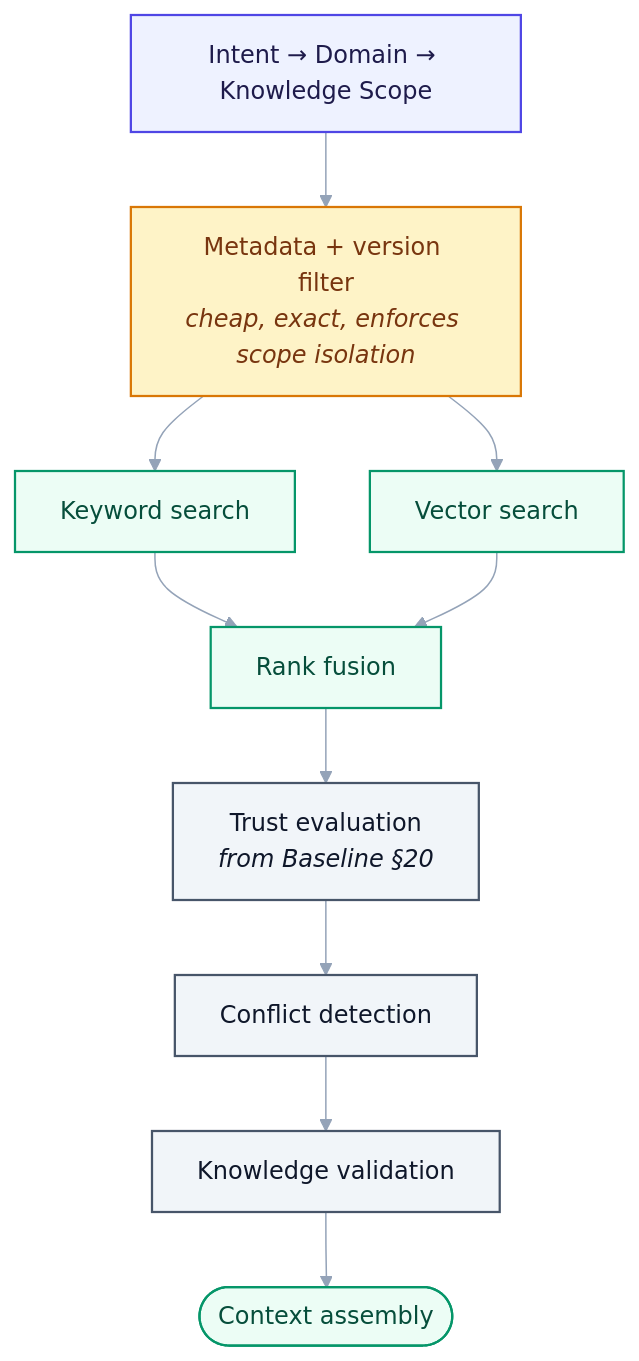
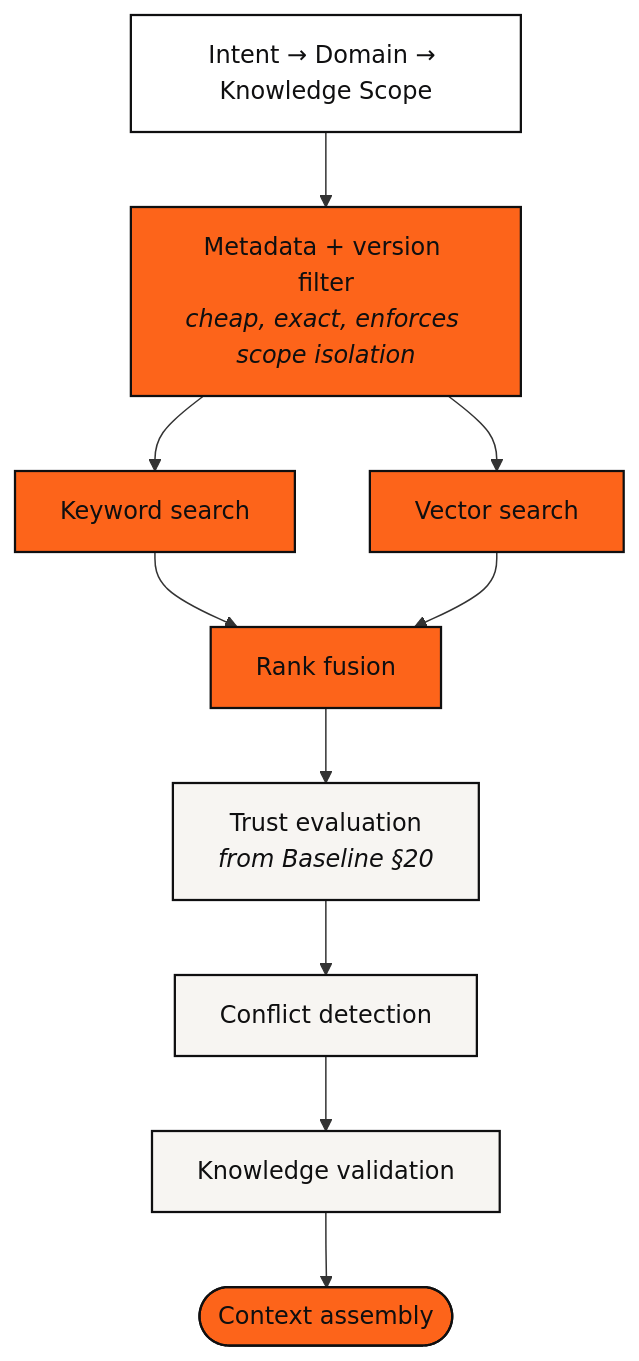
One commit to Ajmalpshaik/Heron-AI changed the first of 2 diagrams in docs/20-knowledge-trust-and-conflict.md. Above: the diagram before and after it, drawn with Mermaid. The commit also changed other lines of this file and 44 other files, not shown here.

First line of the commit message:
Diagrams in the other docs move to the brand palette (D-149, #1116)

````diff
--- a/docs/20-knowledge-trust-and-conflict.md
+++ b/docs/20-knowledge-trust-and-conflict.md
@@ -42,30 +42,29 @@
 ```mermaid
-%%{init: {"themeVariables": {"edgeLabelBackground":"#F1F5F9","lineColor":"#94A3B8","textColor":"#0F172A","tertiaryTextColor":"#0F172A"}}}%%
 flowchart TD
     A["Intent → Domain → Knowledge Scope"]
     B["Metadata + version filter<br/><i>cheap, exact, enforces scope isolation</i>"]
     C1["Keyword search"]
     C2["Vector search"]
     D["Rank fusion"]
     E["Trust evaluation<br/><i>from Baseline §20</i>"]
     F["Conflict detection"]
     G["Knowledge validation"]
     H(["Context assembly"])
 
     A --> B
     B --> C1
     B --> C2
     C1 --> D
     C2 --> D
     D --> E --> F --> G --> H
 
-    classDef host fill:#EEF2FF,stroke:#4F46E5,stroke-width:1.5px,color:#1E1B4B
-    classDef addin fill:#FEF3C7,stroke:#D97706,stroke-width:1.5px,color:#78350F
-    classDef brain fill:#ECFDF5,stroke:#059669,stroke-width:1.5px,color:#064E3B
-    classDef user fill:#F1F5F9,stroke:#475569,stroke-width:1.5px,color:#0F172A
+    classDef host fill:#FFFFFF,stroke:#0F0F10,stroke-width:1.5px,color:#0F0F10
+    classDef addin fill:#FD641A,stroke:#0F0F10,stroke-width:1.5px,color:#0F0F10
+    classDef brain fill:#FD641A,stroke:#0F0F10,stroke-width:1.5px,color:#0F0F10
+    classDef user fill:#F7F5F2,stroke:#0F0F10,stroke-width:1.5px,color:#0F0F10
     class A host
     class B addin
     class C1,C2,D brain
     class E,F,G user
     class H brain
 ```
````
